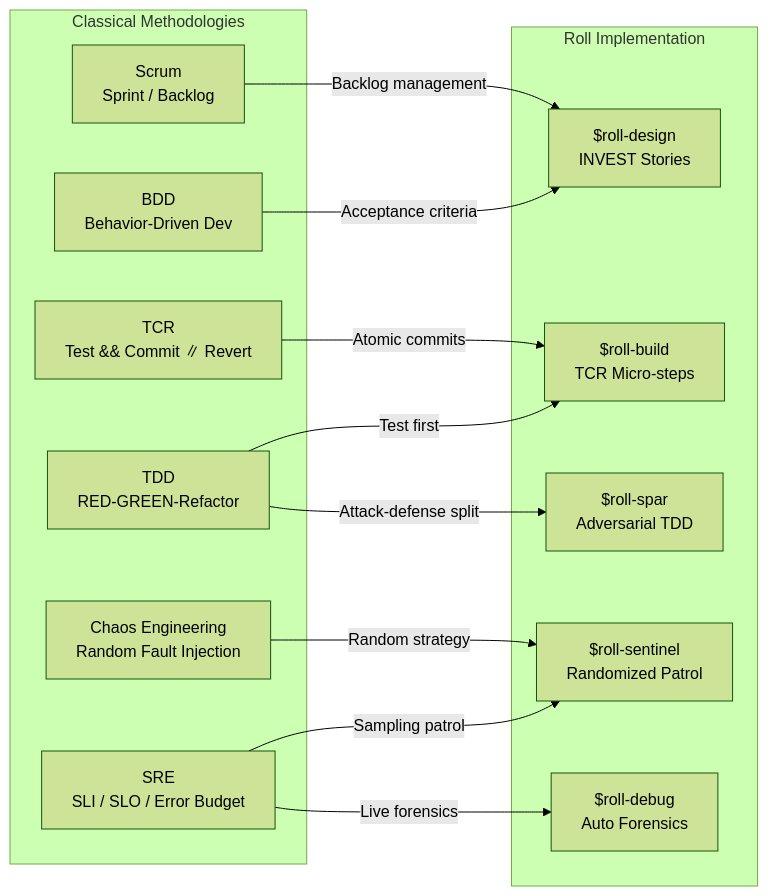
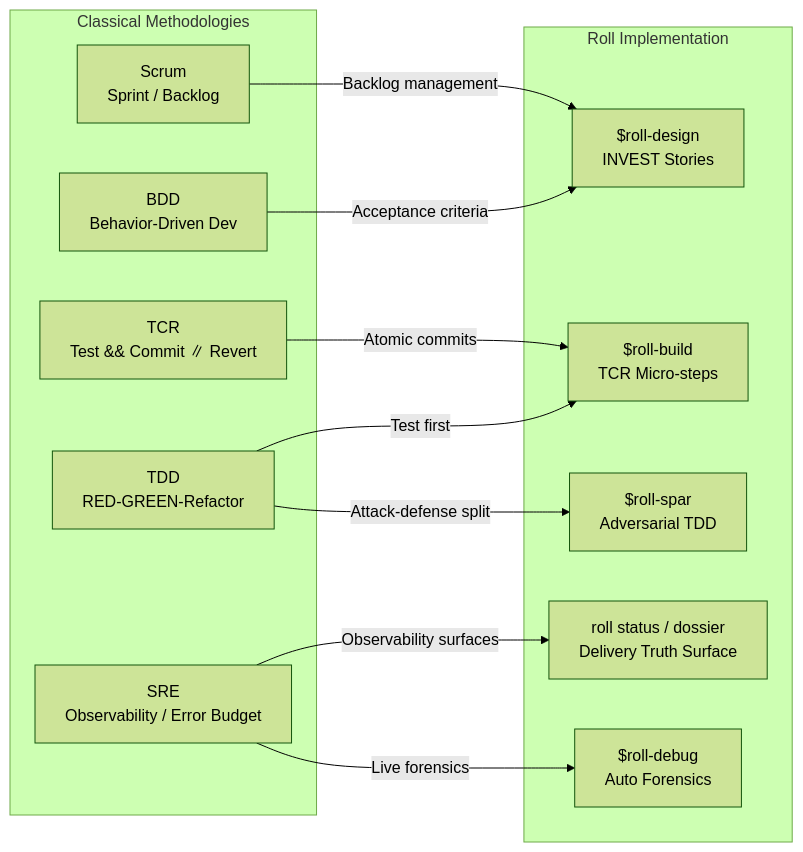
Before and after one commit to seanyao/roll: the second of 2 diagrams in guide/en/methodology.md, drawn with Mermaid (forest theme). The commit also changed other lines of this file and 19 other files, not shown here.

````diff
--- a/guide/en/methodology.md
+++ b/guide/en/methodology.md
@@ -531,28 +531,26 @@
 ```mermaid
 graph LR
     subgraph "Classical Methodologies"
         BDD["BDD<br/>Behavior-Driven Dev"]
         S["Scrum<br/>Sprint / Backlog"]
         T["TDD<br/>RED-GREEN-Refactor"]
         TCR["TCR<br/>Test && Commit ∥ Revert"]
-        SRE["SRE<br/>SLI / SLO / Error Budget"]
-        CE["Chaos Engineering<br/>Random Fault Injection"]
+        SRE["SRE<br/>Observability / Error Budget"]
     end
 
     subgraph "Roll Implementation"
         D["$roll-design<br/>INVEST Stories"]
         SB["$roll-build<br/>TCR Micro-steps"]
         SP["$roll-spar<br/>Adversarial TDD"]
-        SE["$roll-sentinel<br/>Randomized Patrol"]
+        ST["roll status / dossier<br/>Delivery Truth Surface"]
         BB["$roll-debug<br/>Auto Forensics"]
     end
 
     BDD -->|"Acceptance criteria"| D
     S -->|"Backlog management"| D
     T -->|"Test first"| SB
     TCR -->|"Atomic commits"| SB
     T -->|"Attack-defense split"| SP
-    SRE -->|"Sampling patrol"| SE
-    CE -->|"Random strategy"| SE
+    SRE -->|"Observability surfaces"| ST
     SRE -->|"Live forensics"| BB
 ```
````
